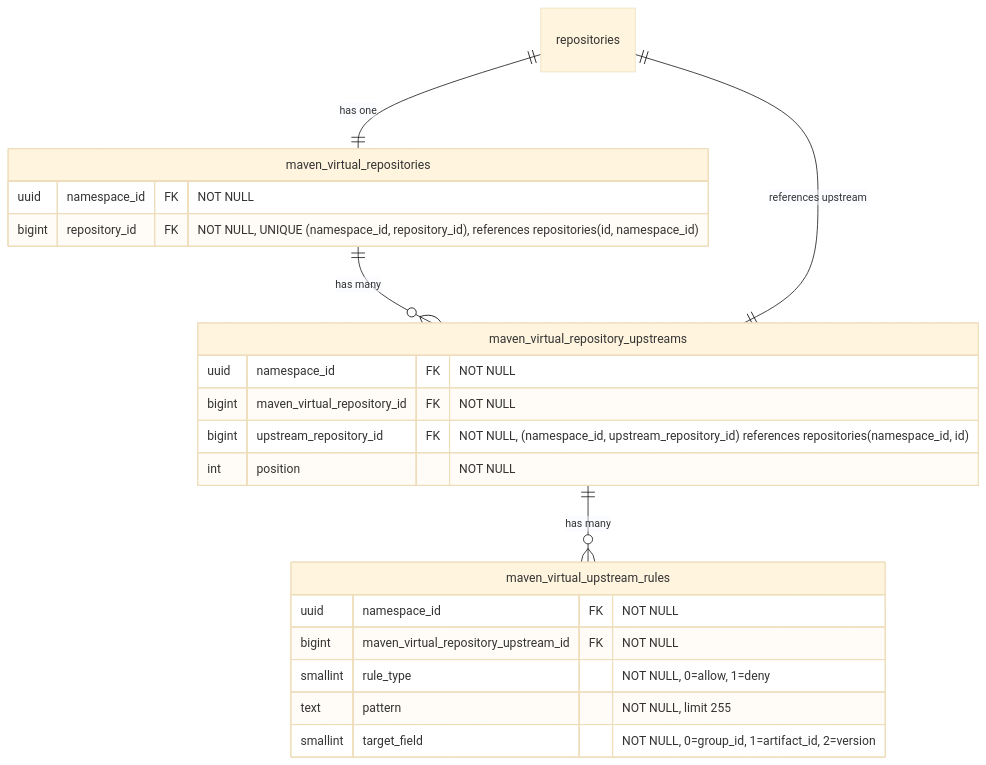
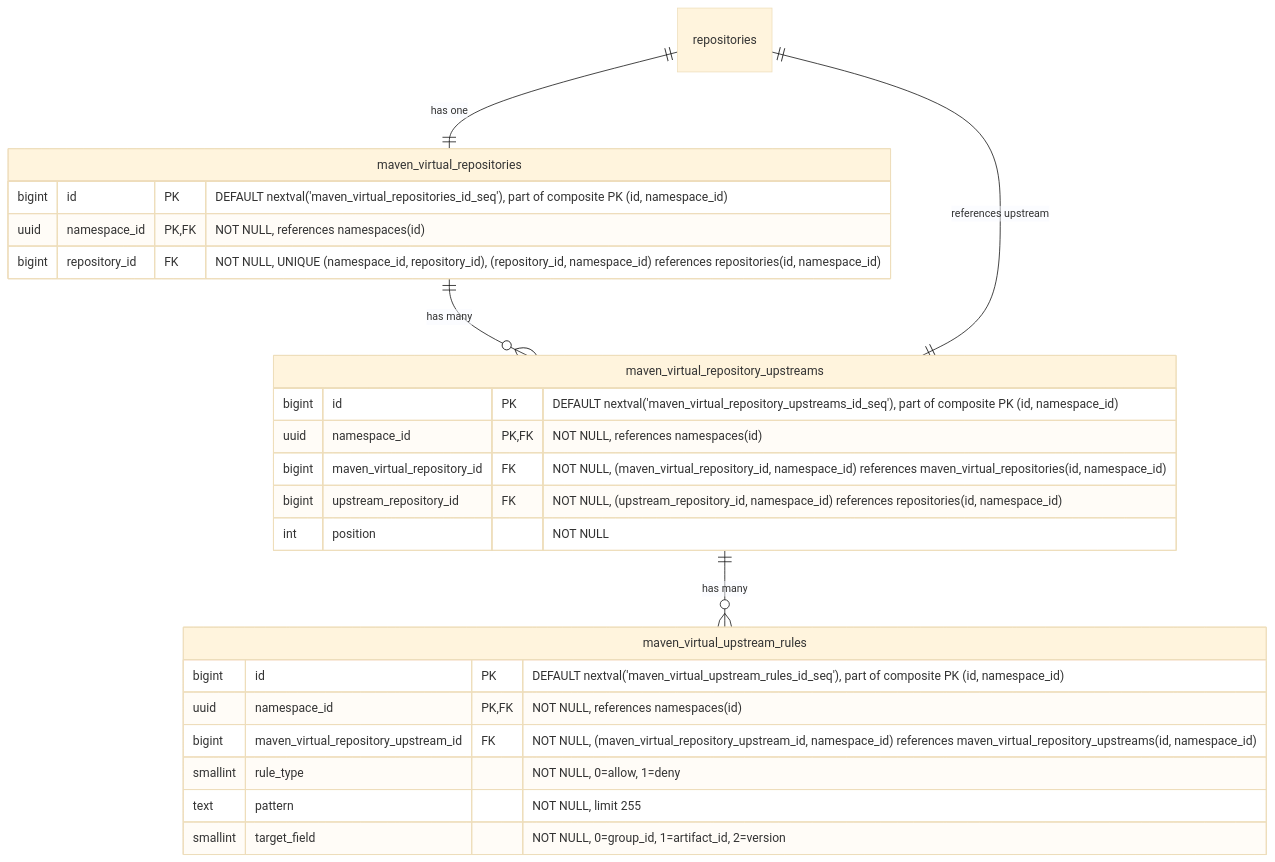
Diagram 12 of 19 in content/handbook/engineering/architecture/design-documents/artifact_registry/decisions/007_database_schema.md (kyama0/gitlab-handbook-ja), drawn with Mermaid (base theme) before and after one commit. The commit also changed other lines of this file and 7 other files, not shown here.

````diff
--- a/content/handbook/engineering/architecture/design-documents/artifact_registry/decisions/007_database_schema.md
+++ b/content/handbook/engineering/architecture/design-documents/artifact_registry/decisions/007_database_schema.md
@@ -901,27 +950,30 @@
 ```mermaid
 erDiagram
     repositories ||--|| maven_virtual_repositories : "has one"
     maven_virtual_repositories ||--o{ maven_virtual_repository_upstreams : "has many"
     maven_virtual_repository_upstreams ||--|| repositories : "references upstream"
     maven_virtual_repository_upstreams ||--o{ maven_virtual_upstream_rules : "has many"
 
     maven_virtual_repositories {
-        uuid namespace_id FK "NOT NULL"
-        bigint repository_id FK "NOT NULL, UNIQUE (namespace_id, repository_id), references repositories(id, namespace_id)"
+        bigint id PK "DEFAULT nextval('maven_virtual_repositories_id_seq'), part of composite PK (id, namespace_id)"
+        uuid namespace_id PK,FK "NOT NULL, references namespaces(id)"
+        bigint repository_id FK "NOT NULL, UNIQUE (namespace_id, repository_id), (repository_id, namespace_id) references repositories(id, namespace_id)"
     }
 
     maven_virtual_repository_upstreams {
-        uuid namespace_id FK "NOT NULL"
-        bigint maven_virtual_repository_id FK "NOT NULL"
-        bigint upstream_repository_id FK "NOT NULL, (namespace_id, upstream_repository_id) references repositories(namespace_id, id)"
+        bigint id PK "DEFAULT nextval('maven_virtual_repository_upstreams_id_seq'), part of composite PK (id, namespace_id)"
+        uuid namespace_id PK,FK "NOT NULL, references namespaces(id)"
+        bigint maven_virtual_repository_id FK "NOT NULL, (maven_virtual_repository_id, namespace_id) references maven_virtual_repositories(id, namespace_id)"
+        bigint upstream_repository_id FK "NOT NULL, (upstream_repository_id, namespace_id) references repositories(id, namespace_id)"
         int position "NOT NULL"
     }
 
     maven_virtual_upstream_rules {
-        uuid namespace_id FK "NOT NULL"
-        bigint maven_virtual_repository_upstream_id FK "NOT NULL"
+        bigint id PK "DEFAULT nextval('maven_virtual_upstream_rules_id_seq'), part of composite PK (id, namespace_id)"
+        uuid namespace_id PK,FK "NOT NULL, references namespaces(id)"
+        bigint maven_virtual_repository_upstream_id FK "NOT NULL, (maven_virtual_repository_upstream_id, namespace_id) references maven_virtual_repository_upstreams(id, namespace_id)"
         smallint rule_type "NOT NULL, 0=allow, 1=deny"
         text pattern "NOT NULL, limit 255"
         smallint target_field "NOT NULL, 0=group_id, 1=artifact_id, 2=version"
     }
 ```
````
